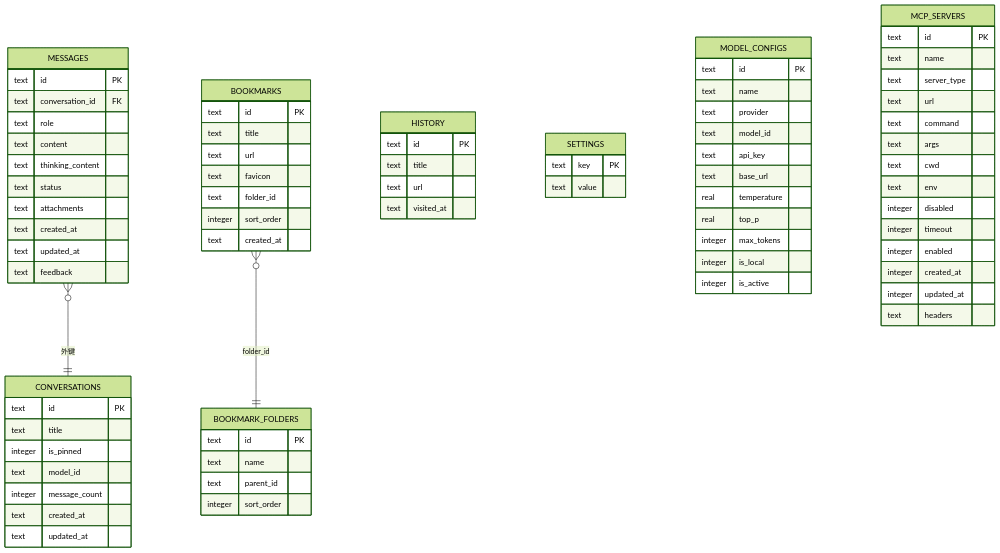
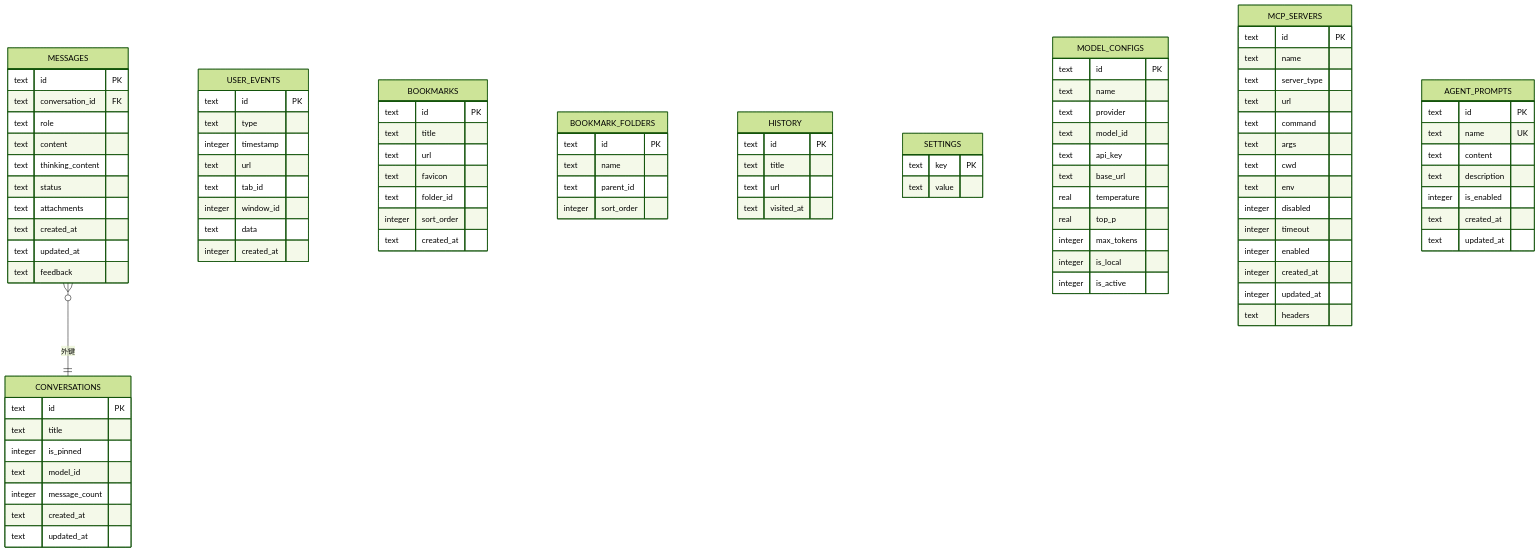
Before and after one commit to baike08/cosurf: the third of 3 diagrams in .qoder/repowiki/zh/content/数据库设计/表结构定义.md, drawn with Mermaid (forest theme). The commit also changed other lines of this file and 23 other files, not shown here.

````diff
--- a/.qoder/repowiki/zh/content/数据库设计/表结构定义.md
+++ b/.qoder/repowiki/zh/content/数据库设计/表结构定义.md
@@ -241,6 +397,16 @@
 text created_at
 text updated_at
 text feedback
+}
+USER_EVENTS {
+text id PK
+text type
+integer timestamp
+text url
+text tab_id
+integer window_id
+text data
+integer created_at
 }
 BOOKMARKS {
 text id PK
@@ -296,6 +462,14 @@
 integer updated_at
 text headers
 }
+AGENT_PROMPTS {
+text id PK
+text name UK
+text content
+text description
+integer is_enabled
+text created_at
+text updated_at
+}
 MESSAGES }o--|| CONVERSATIONS : "外键"
-BOOKMARKS }o--|| BOOKMARK_FOLDERS : "folder_id"
 ```
````
